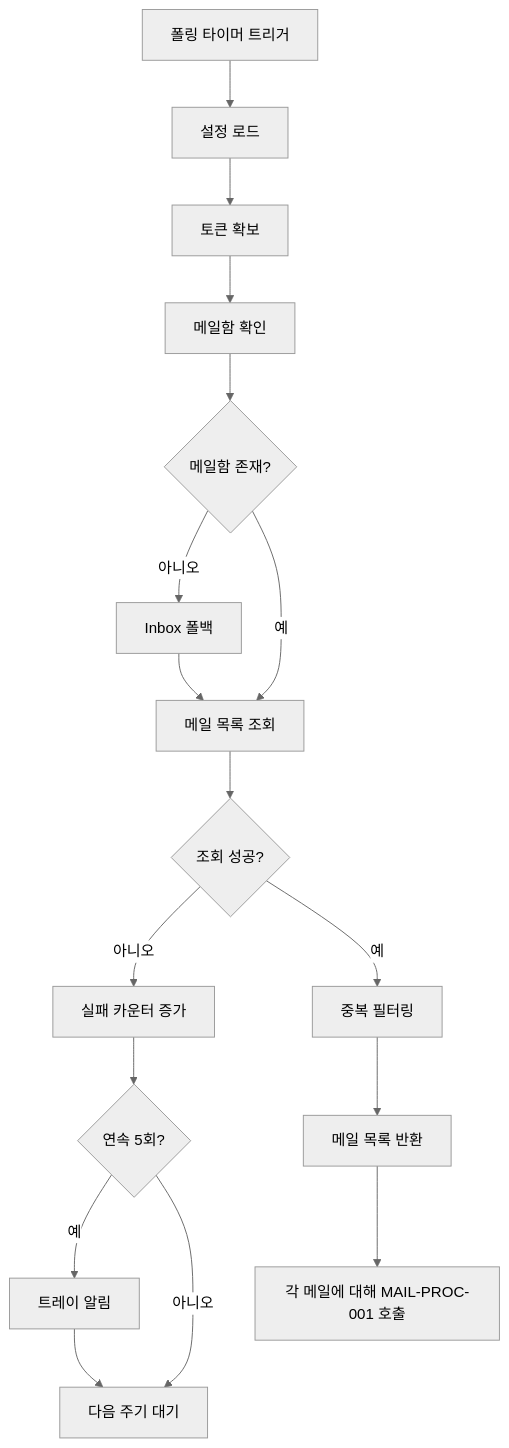
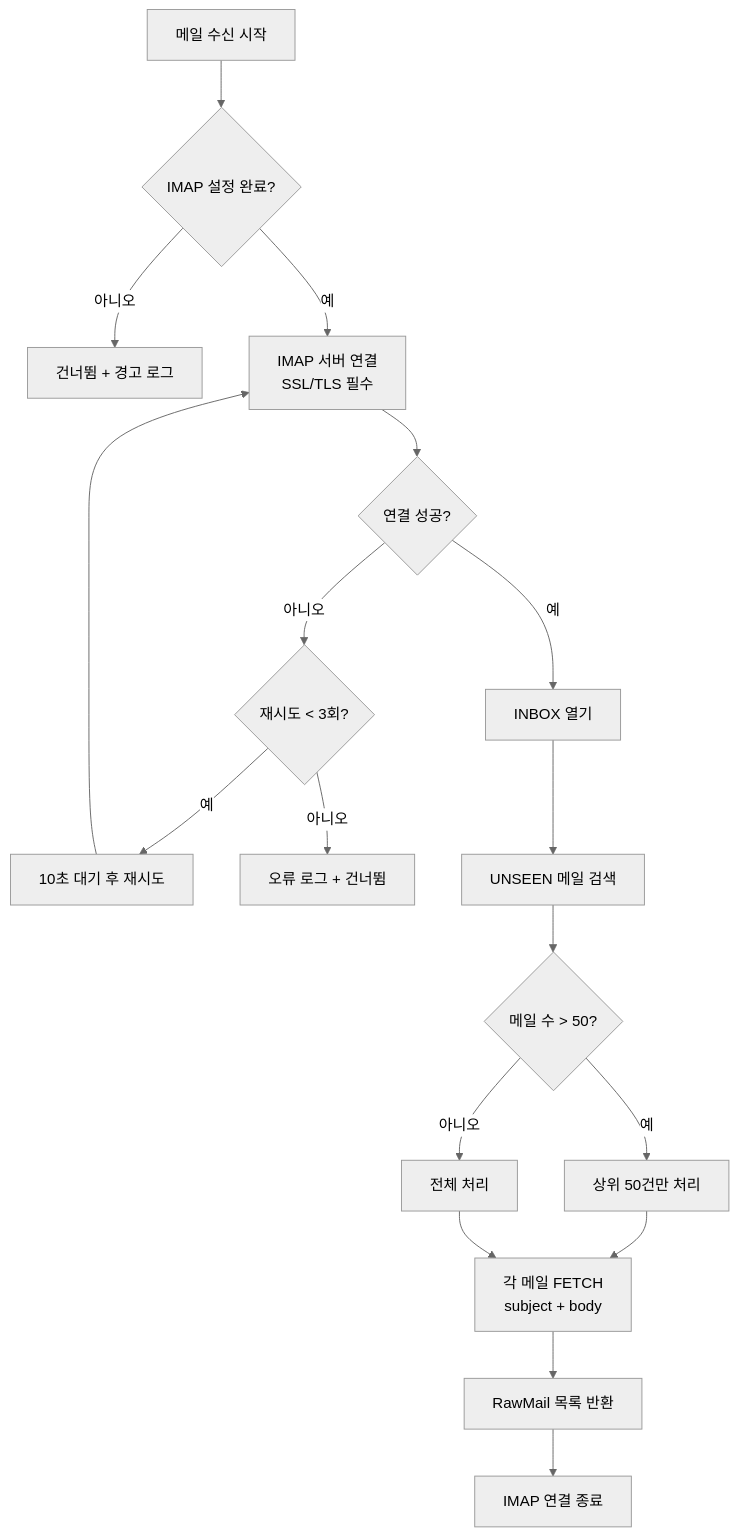
One commit to woongki-jung/Hackathon changed the diagram in docs/specs/functions/func_mail-recv-001.md. Above: the diagram before and after it, drawn with Mermaid (neutral theme). The commit also changed other lines of this file and 113 other files, not shown here.

````diff
--- a/docs/specs/functions/func_mail-recv-001.md
+++ b/docs/specs/functions/func_mail-recv-001.md
@@ -69,19 +55,20 @@
 ```mermaid
 flowchart TD
-    A[폴링 타이머 트리거] --> B[설정 로드]
-    B --> C[토큰 확보]
-    C --> D[메일함 확인]
-    D --> E{메일함 존재?}
-    E -- 아니오 --> F[Inbox 폴백]
-    E -- 예 --> G[메일 목록 조회]
-    F --> G
-    G --> H{조회 성공?}
-    H -- 아니오 --> I[실패 카운터 증가]
-    I --> J{연속 5회?}
-    J -- 예 --> K[트레이 알림]
-    J -- 아니오 --> L[다음 주기 대기]
-    K --> L
-    H -- 예 --> M[중복 필터링]
-    M --> N[메일 목록 반환]
-    N --> O[각 메일에 대해 MAIL-PROC-001 호출]
+    A[메일 수신 시작] --> B{IMAP 설정 완료?}
+    B -- 아니오 --> C[건너뜀 + 경고 로그]
+    B -- 예 --> D[IMAP 서버 연결<br/>SSL/TLS 필수]
+    D --> E{연결 성공?}
+    E -- 아니오 --> F{재시도 < 3회?}
+    F -- 예 --> G[10초 대기 후 재시도]
+    G --> D
+    F -- 아니오 --> H[오류 로그 + 건너뜀]
+    E -- 예 --> I[INBOX 열기]
+    I --> J[UNSEEN 메일 검색]
+    J --> K{메일 수 > 50?}
+    K -- 예 --> L[상위 50건만 처리]
+    K -- 아니오 --> M[전체 처리]
+    L --> N[각 메일 FETCH<br/>subject + body]
+    M --> N
+    N --> O[RawMail 목록 반환]
+    O --> P[IMAP 연결 종료]
 ```
````
